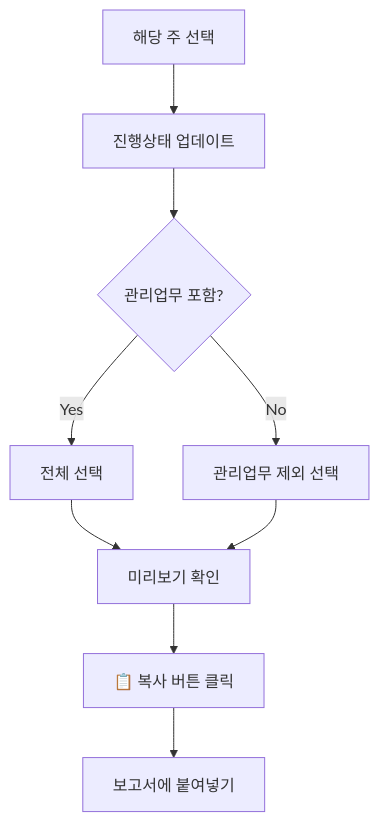
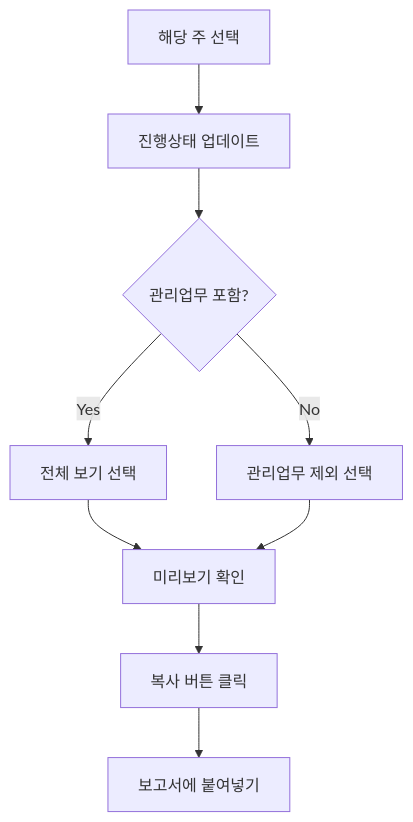
Before and after one commit to serbi2012/time-manager: the diagram in src/docs/weekly-schedule.md, drawn with Mermaid. The commit also changed other lines of this file and 8 other files, not shown here.

````diff
--- a/src/docs/weekly-schedule.md
+++ b/src/docs/weekly-schedule.md
@@ -143,11 +135,11 @@
 ```mermaid
 flowchart TB
     A[해당 주 선택] --> B[진행상태 업데이트]
     B --> C{관리업무 포함?}
-    C -->|Yes| D[전체 선택]
+    C -->|Yes| D[전체 보기 선택]
     C -->|No| E[관리업무 제외 선택]
     D --> F[미리보기 확인]
     E --> F
-    F --> G[📋 복사 버튼 클릭]
+    F --> G[복사 버튼 클릭]
     G --> H[보고서에 붙여넣기]
 ```
````
